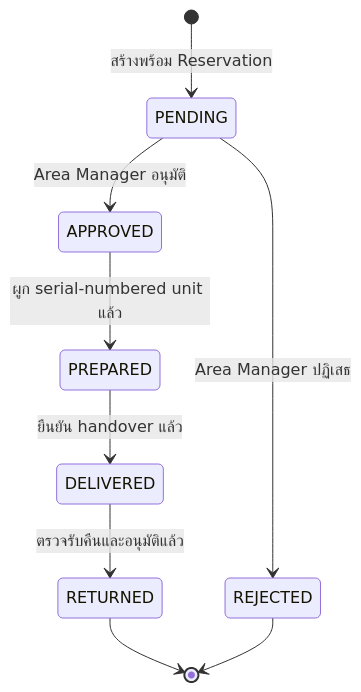
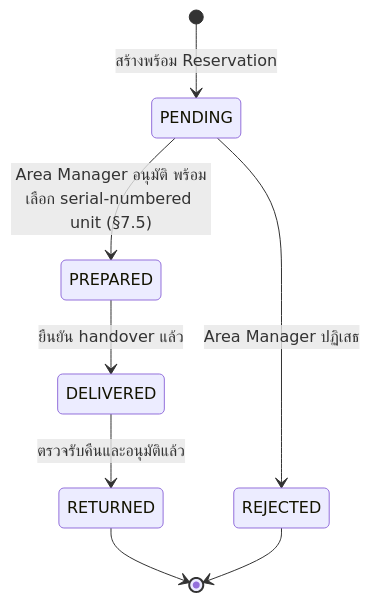
The third of 5 diagrams in docs/software_spec/lifecycle-and-state-machines.md (Faiisu/asset-reserve), drawn with Mermaid before and after one commit. The commit also changed other lines of this file and 8 other files, not shown here.

````diff
--- a/docs/software_spec/lifecycle-and-state-machines.md
+++ b/docs/software_spec/lifecycle-and-state-machines.md
@@ -77,11 +79,10 @@
 ```mermaid
 stateDiagram-v2
     [*] --> PENDING: สร้างพร้อม Reservation
-    PENDING --> APPROVED: Area Manager อนุมัติ
+    PENDING --> PREPARED: Area Manager อนุมัติ พร้อมเลือก serial-numbered unit (§7.5)
     PENDING --> REJECTED: Area Manager ปฏิเสธ
-    APPROVED --> PREPARED: ผูก serial-numbered unit แล้ว
     PREPARED --> DELIVERED: ยืนยัน handover แล้ว
     DELIVERED --> RETURNED: ตรวจรับคืนและอนุมัติแล้ว
     RETURNED --> [*]
     REJECTED --> [*]
 ```
````
